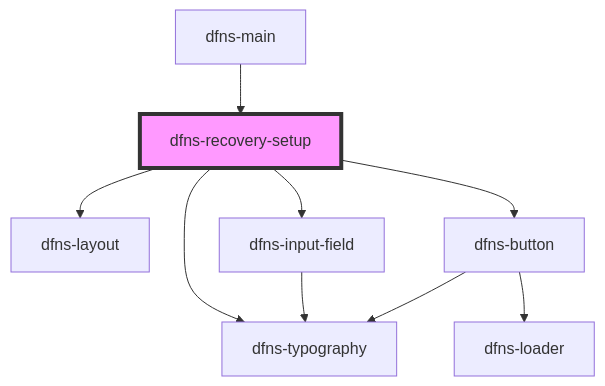
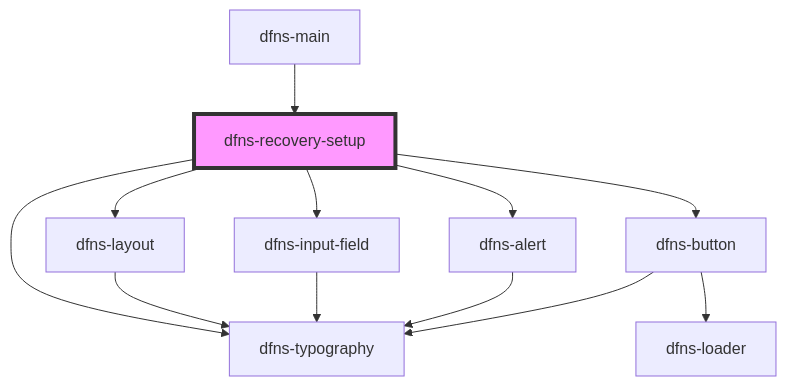
Before and after one commit to dfnsext/web-ui: the diagram in src/components/Pages/dfns-recovery-setup/readme.md, drawn with Mermaid. The commit also changed other lines of this file and 25 other files, not shown here.

````diff
--- a/src/components/Pages/dfns-recovery-setup/readme.md
+++ b/src/components/Pages/dfns-recovery-setup/readme.md
@@ -29,12 +30,15 @@
 ```mermaid
 graph TD;
   dfns-recovery-setup --> dfns-layout
   dfns-recovery-setup --> dfns-typography
   dfns-recovery-setup --> dfns-input-field
+  dfns-recovery-setup --> dfns-alert
   dfns-recovery-setup --> dfns-button
+  dfns-layout --> dfns-typography
   dfns-input-field --> dfns-typography
+  dfns-alert --> dfns-typography
   dfns-button --> dfns-typography
   dfns-button --> dfns-loader
   dfns-main --> dfns-recovery-setup
   style dfns-recovery-setup fill:#f9f,stroke:#333,stroke-width:4px
 ```
````
